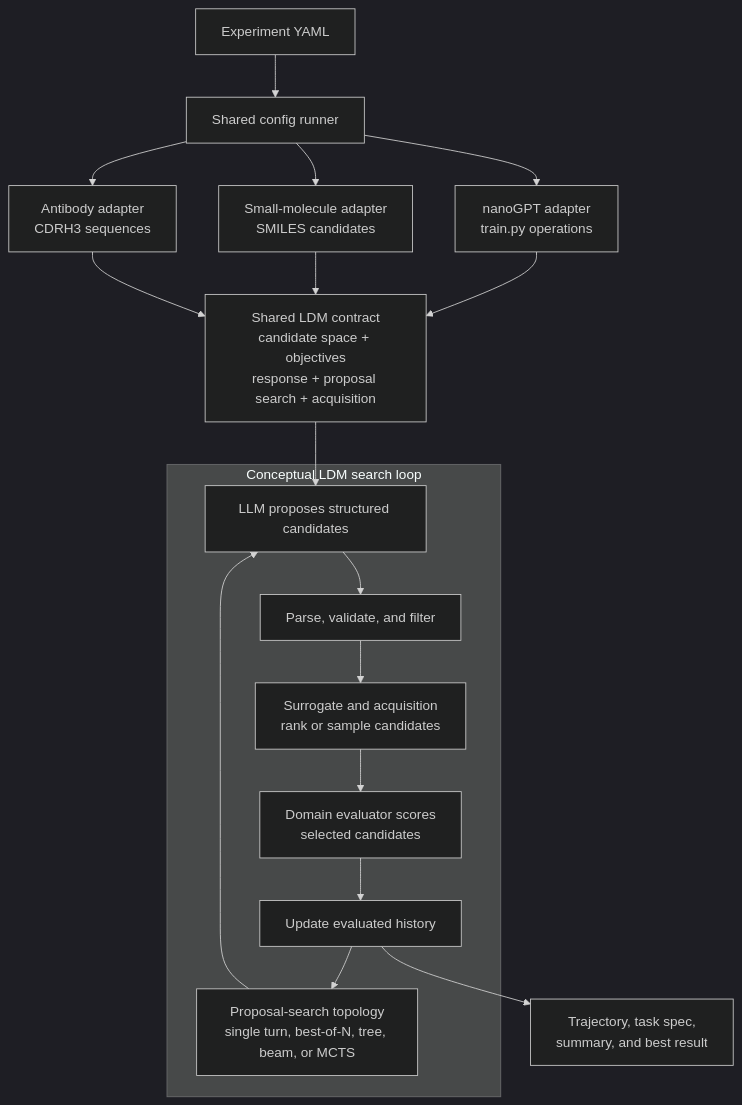
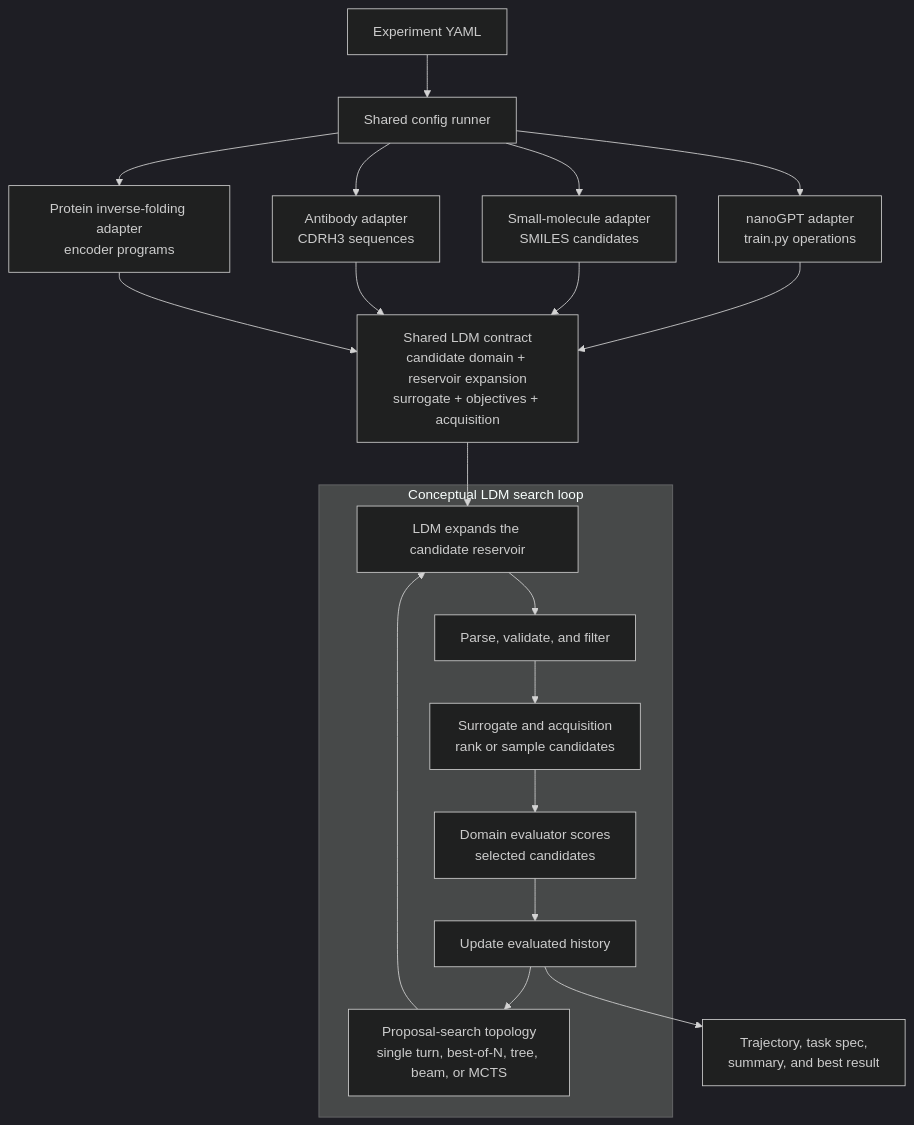
Before and after one commit to KangOxford/Large-Discovery-Models: the diagram in README.md, drawn with Mermaid (dark theme). The commit also changed other lines of this file and 155 other files, not shown here.

````diff
--- a/README.md
+++ b/README.md
@@ -361,26 +369,28 @@
 ```mermaid
 flowchart TB
     C["Experiment YAML"] --> R["Shared config runner"]
 
     R --> N["nanoGPT adapter<br/>train.py operations"]
     R --> M["Small-molecule adapter<br/>SMILES candidates"]
     R --> B["Antibody adapter<br/>CDRH3 sequences"]
+    R --> I["Protein inverse-folding adapter<br/>encoder programs"]
 
-    N --> S["Shared LDM contract<br/>candidate space + objectives<br/>response + proposal search + acquisition"]
+    N --> S["Shared LDM contract<br/>candidate domain + reservoir expansion<br/>surrogate + objectives + acquisition"]
     M --> S
     B --> S
+    I --> S
 
     S --> P
 
     subgraph L["Conceptual LDM search loop"]
         T["Proposal-search topology<br/>single turn, best-of-N, tree, beam, or MCTS"]
-        P["LLM proposes structured candidates"]
+        P["LDM expands the candidate reservoir"]
         V["Parse, validate, and filter"]
         A["Surrogate and acquisition<br/>rank or sample candidates"]
         E["Domain evaluator scores<br/>selected candidates"]
         H["Update evaluated history"]
         T --> P --> V --> A --> E --> H --> T
     end
 
     H --> O["Trajectory, task spec,<br/>summary, and best result"]
 ```
````
